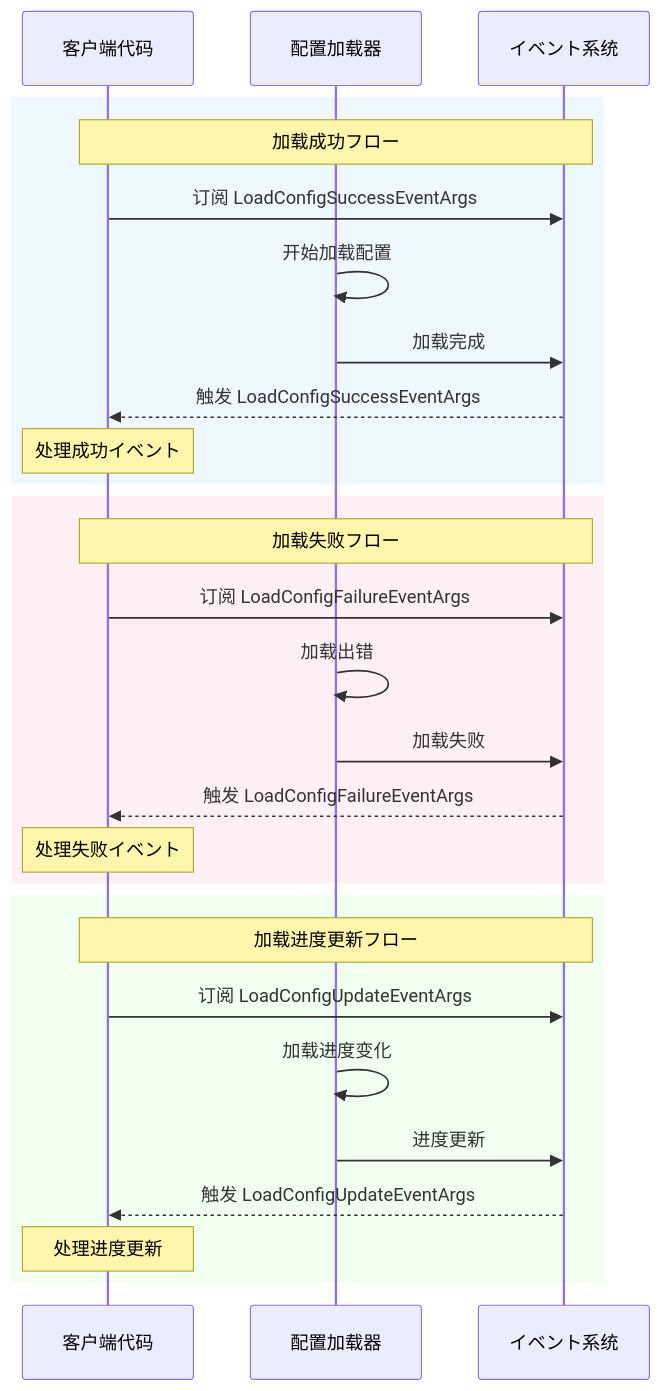
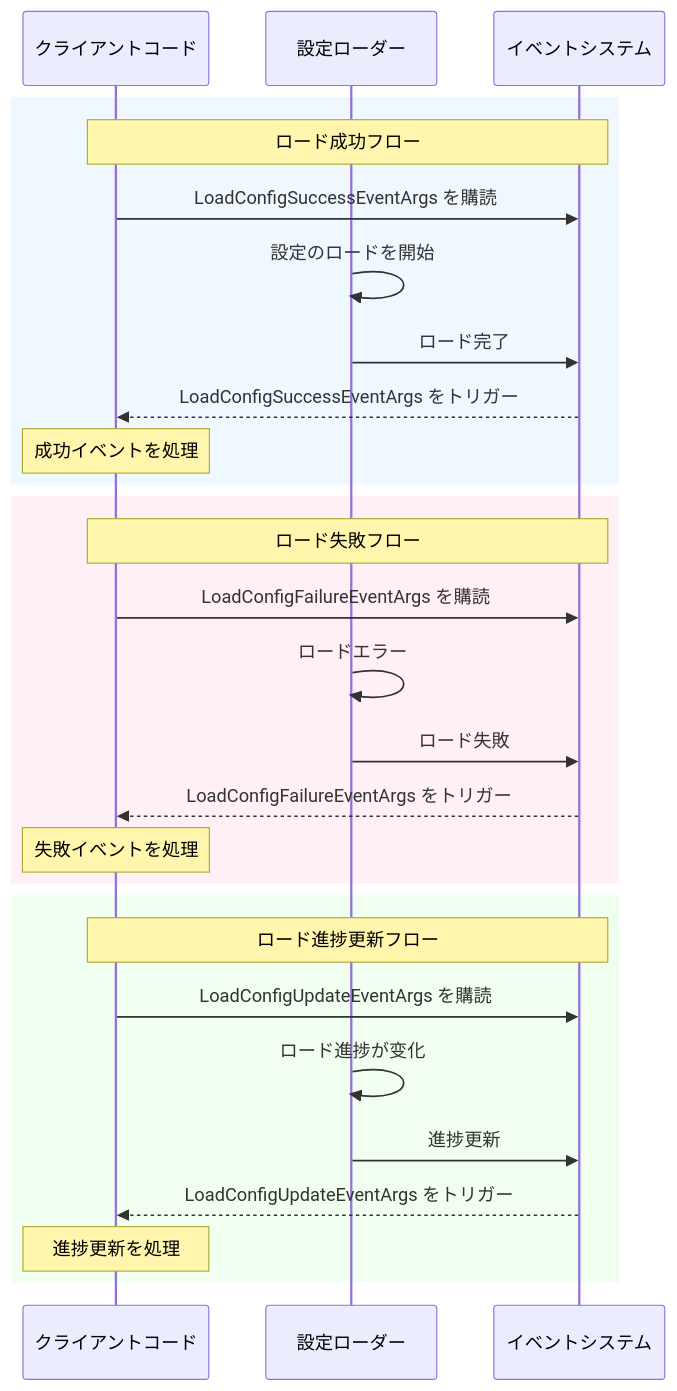
The second of 2 diagrams in docs/ja/client/unity/component/config/12.event-args.md (AlianBlank/GameFrameX.Docs), drawn with Mermaid before and after one commit. The commit also changed other lines of this file and 320 other files, not shown here.

````diff
--- a/docs/ja/client/unity/component/config/12.event-args.md
+++ b/docs/ja/client/unity/component/config/12.event-args.md
@@ -219,33 +219,33 @@
 ```mermaid
 sequenceDiagram
-    participant Client as 客户端代码
-    participant Loader as 配置加载器
-    participant EventSys as イベント系统
+    participant Client as クライアントコード
+    participant Loader as 設定ローダー
+    participant EventSys as イベントシステム
 
     rect rgb(240, 248, 255)
-        Note over Client,EventSys: 加载成功フロー
-        Client->>EventSys: 订阅 LoadConfigSuccessEventArgs
-        Loader->>Loader: 开始加载配置
-        Loader->>EventSys: 加载完成
-        EventSys-->>Client: 触发 LoadConfigSuccessEventArgs
-        Note over Client: 处理成功イベント
+        Note over Client,EventSys: ロード成功フロー
+        Client->>EventSys: LoadConfigSuccessEventArgs を購読
+        Loader->>Loader: 設定のロードを開始
+        Loader->>EventSys: ロード完了
+        EventSys-->>Client: LoadConfigSuccessEventArgs をトリガー
+        Note over Client: 成功イベントを処理
     end
 
     rect rgb(255, 240, 245)
-        Note over Client,EventSys: 加载失败フロー
-        Client->>EventSys: 订阅 LoadConfigFailureEventArgs
-        Loader->>Loader: 加载出错
-        Loader->>EventSys: 加载失败
-        EventSys-->>Client: 触发 LoadConfigFailureEventArgs
-        Note over Client: 处理失败イベント
+        Note over Client,EventSys: ロード失敗フロー
+        Client->>EventSys: LoadConfigFailureEventArgs を購読
+        Loader->>Loader: ロードエラー
+        Loader->>EventSys: ロード失敗
+        EventSys-->>Client: LoadConfigFailureEventArgs をトリガー
+        Note over Client: 失敗イベントを処理
     end
 
     rect rgb(240, 255, 240)
-        Note over Client,EventSys: 加载进度更新フロー
-        Client->>EventSys: 订阅 LoadConfigUpdateEventArgs
-        Loader->>Loader: 加载进度变化
-        Loader->>EventSys: 进度更新
-        EventSys-->>Client: 触发 LoadConfigUpdateEventArgs
-        Note over Client: 处理进度更新
+        Note over Client,EventSys: ロード進捗更新フロー
+        Client->>EventSys: LoadConfigUpdateEventArgs を購読
+        Loader->>Loader: ロード進捗が变化
+        Loader->>EventSys: 進捗更新
+        EventSys-->>Client: LoadConfigUpdateEventArgs をトリガー
+        Note over Client: 進捗更新を処理
     end
 ```
````
